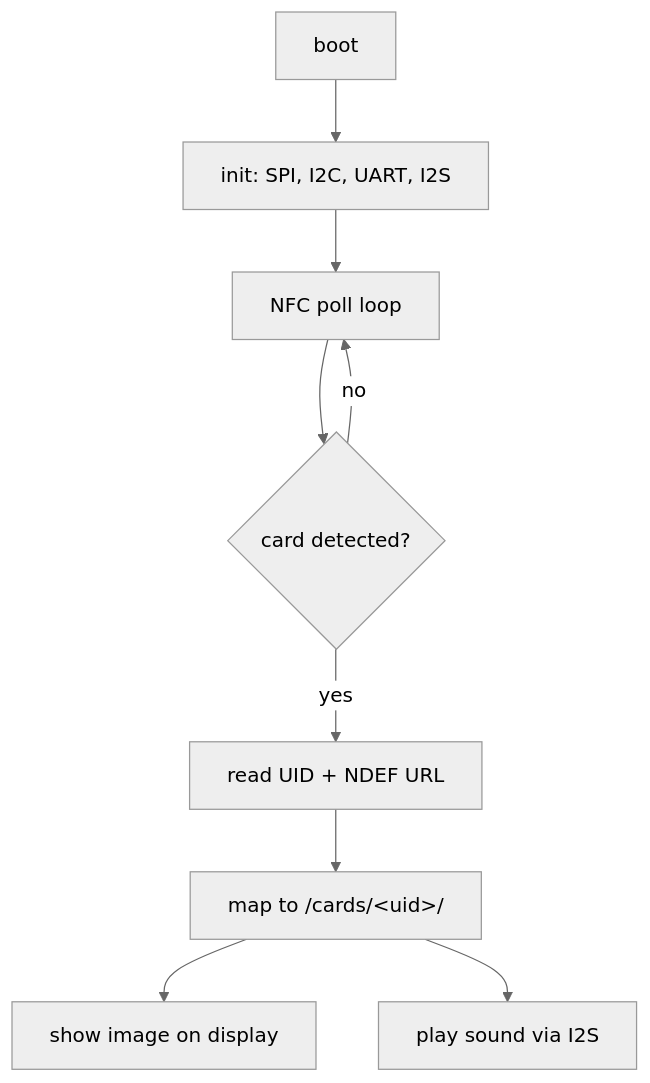
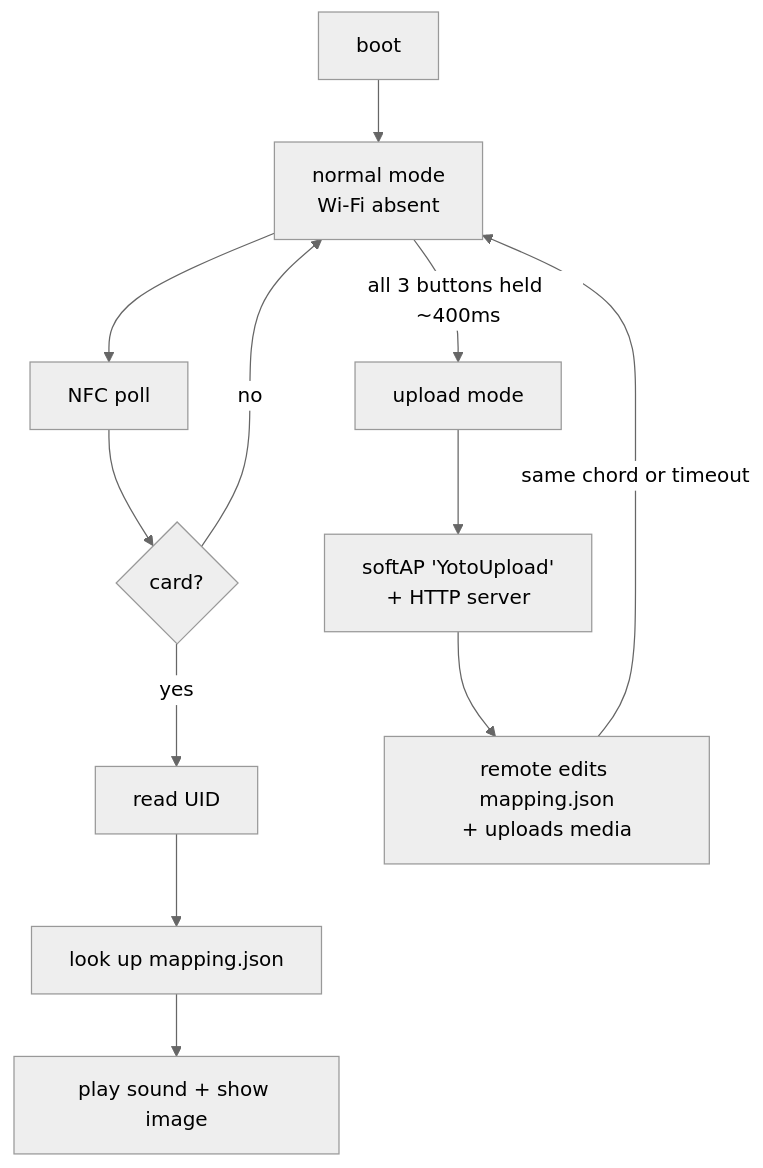
Before and after one commit to tensorfish/open-yoto: the diagram in docs/custom-firmware.md, drawn with Mermaid (neutral theme). The commit also changed other lines of this file and 1 other file, not shown here.

First line of the commit message:
Add hidden upload-mode design (button chord -> softAP + HTTP mapping edit)

````diff
--- a/docs/custom-firmware.md
+++ b/docs/custom-firmware.md
@@ -20,11 +18,14 @@
 ```mermaid
 flowchart TD
-  A[boot] --> B[init: SPI, I2C, UART, I2S]
-  B --> C[NFC poll loop]
-  C --> D{card detected?}
-  D -->|no| C
-  D -->|yes| E[read UID + NDEF URL]
-  E --> F["map to /cards/&lt;uid&gt;/"]
-  F --> G[show image on display]
-  F --> H[play sound via I2S]
+  A[boot] --> B[normal mode<br/>Wi-Fi absent]
+  B --> C[NFC poll]
+  C --> D{card?}
+  D -->|no| B
+  D -->|yes| E[read UID]
+  E --> F["look up mapping.json"]
+  F --> G[play sound + show image]
+  B -->|all 3 buttons held ~400ms| U[upload mode]
+  U --> V["softAP 'YotoUpload'<br/>+ HTTP server"]
+  V --> W[remote edits mapping.json<br/>+ uploads media]
+  W -->|same chord or timeout| B
 ```
````
